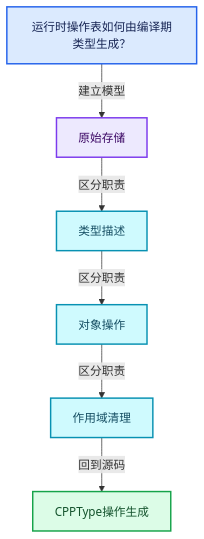
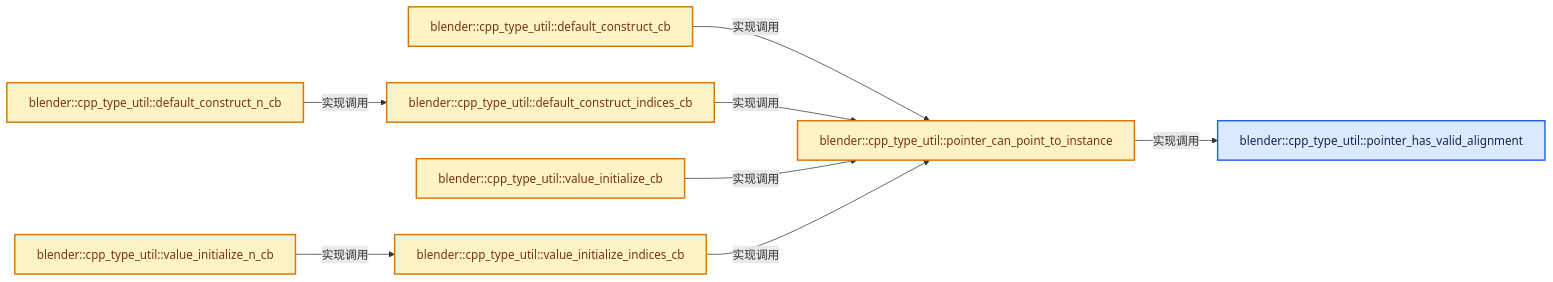
The second of 4 diagrams in 杂/markdown/全面学习-codex/03-内存分配与运行时类型/07-CPPType操作生成.md (yunkezengren/blender-.vscode), drawn with Mermaid before and after one commit. The commit also changed other lines of this file and 1930 other files, not shown here.

````diff
--- a/杂/markdown/全面学习-codex/03-内存分配与运行时类型/07-CPPType操作生成.md
+++ b/杂/markdown/全面学习-codex/03-内存分配与运行时类型/07-CPPType操作生成.md
@@ -60,20 +46,24 @@
 ```mermaid
-flowchart TB
-  Q["运行时操作表如何由编译期类型生成？"]:::input
-  C0["原始存储"]:::abstraction
-  C1["类型描述"]:::data
-  C2["对象操作"]:::data
-  C3["作用域清理"]:::data
-  R["CPPType操作生成"]:::result
-  Q -->|"建立模型"| C0
-  C0 -->|"区分职责"| C1
-  C1 -->|"区分职责"| C2
-  C2 -->|"区分职责"| C3
-  C3 -->|"回到源码"| R
+flowchart LR
+  F0["blender::cpp_type_util::pointer_has_valid_alignment"]:::input
+  F1["blender::cpp_type_util::pointer_can_point_to_instance"]:::compute
+  F2["blender::cpp_type_util::default_construct_cb"]:::compute
+  F3["blender::cpp_type_util::default_construct_indices_cb"]:::compute
+  F4["blender::cpp_type_util::default_construct_n_cb"]:::compute
+  F5["blender::cpp_type_util::value_initialize_cb"]:::compute
+  F6["blender::cpp_type_util::value_initialize_indices_cb"]:::compute
+  F7["blender::cpp_type_util::value_initialize_n_cb"]:::compute
+  F1 -->|"实现调用"| F0
+  F2 -->|"实现调用"| F1
+  F3 -->|"实现调用"| F1
+  F4 -->|"实现调用"| F3
+  F5 -->|"实现调用"| F1
+  F6 -->|"实现调用"| F1
+  F7 -->|"实现调用"| F6
   classDef input fill:#DBEAFE,stroke:#2563EB,color:#172554,stroke-width:2px;
   classDef data fill:#CFFAFE,stroke:#0891B2,color:#164E63,stroke-width:2px;
   classDef abstraction fill:#EDE9FE,stroke:#7C3AED,color:#3B0764,stroke-width:2px;
   classDef compute fill:#FEF3C7,stroke:#D97706,color:#78350F,stroke-width:2px;
   classDef result fill:#DCFCE7,stroke:#16A34A,color:#14532D,stroke-width:2px;
   classDef error fill:#FEE2E2,stroke:#DC2626,color:#7F1D1D,stroke-width:2px;
 ```
````
